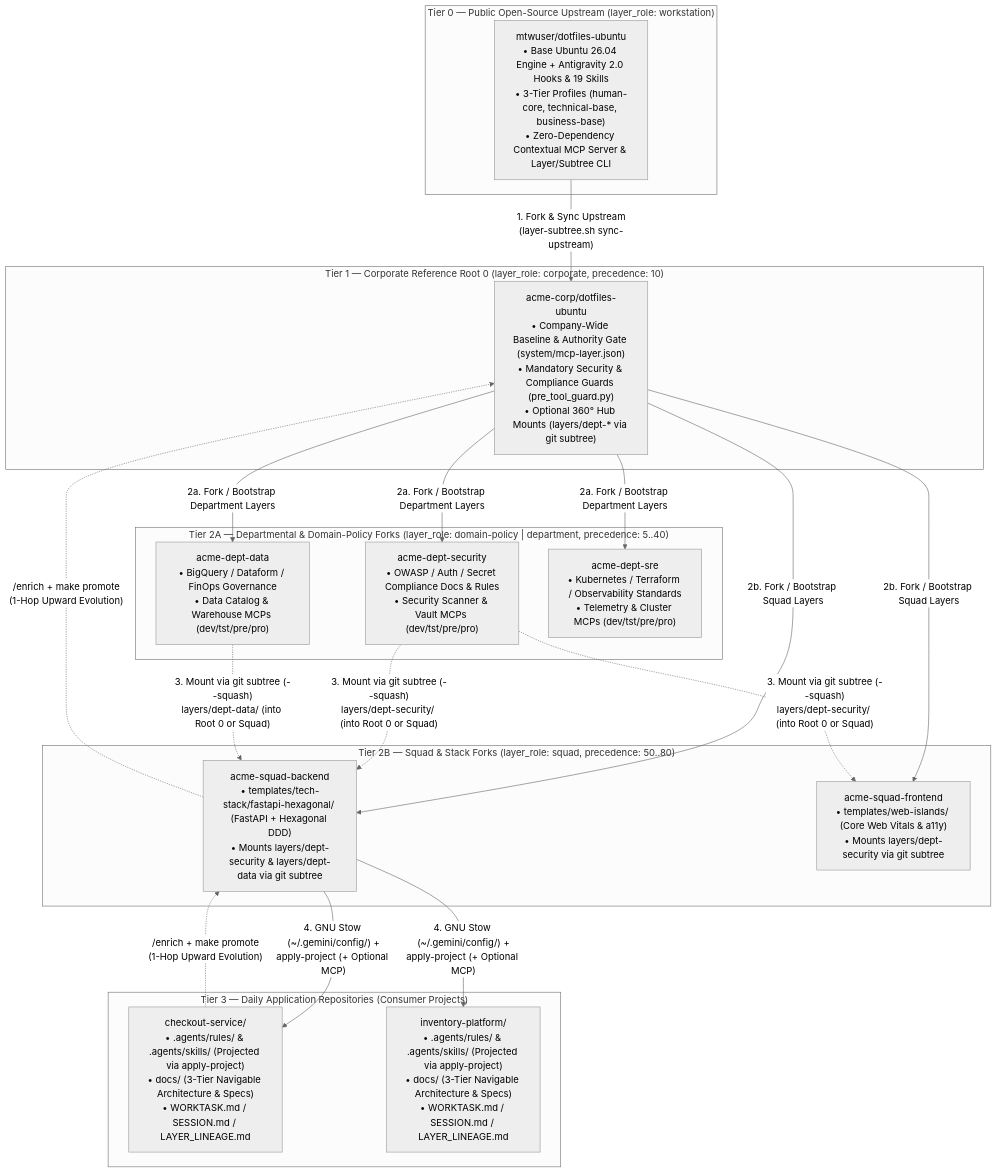
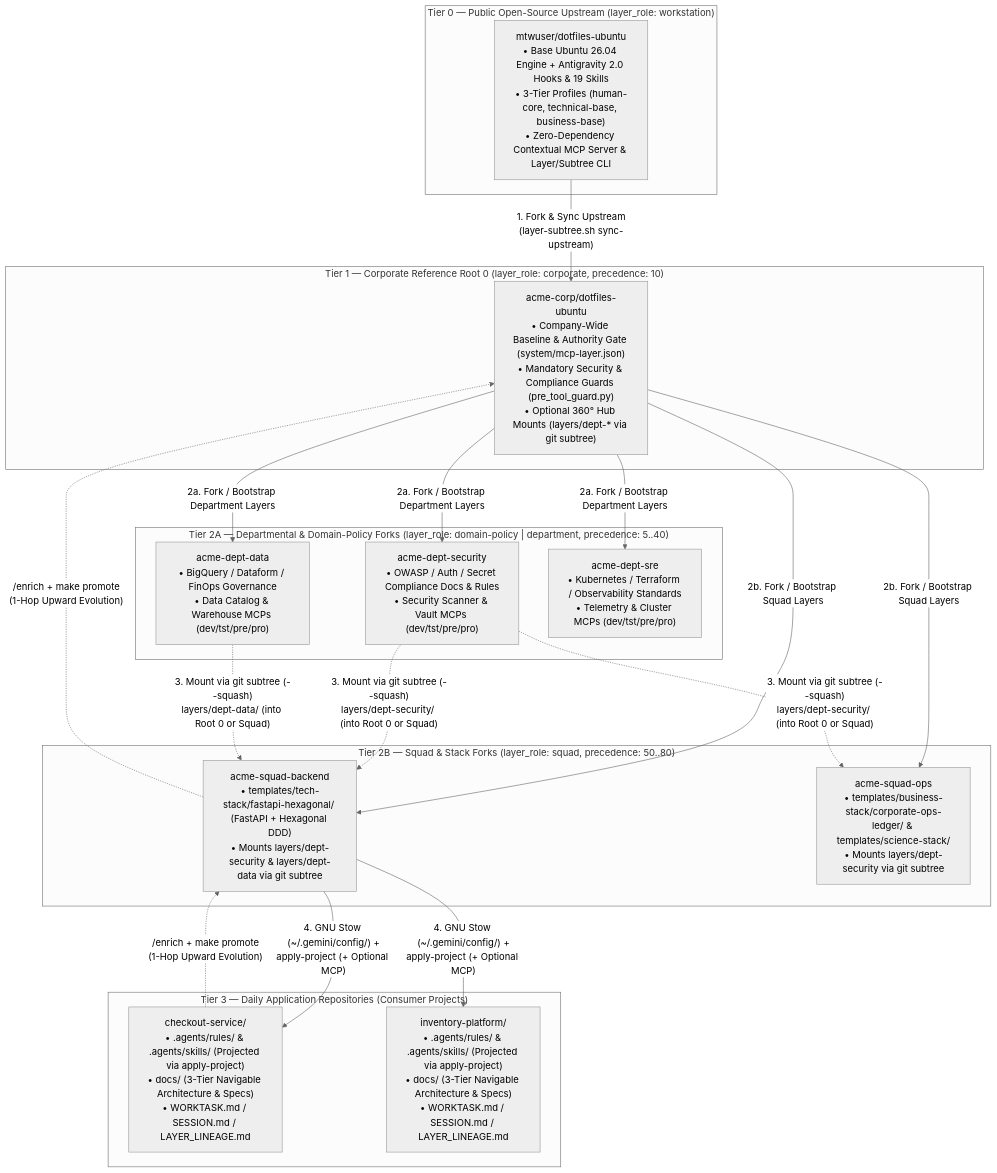
The first of 3 diagrams in docs/reference/enterprise_pair_programming_governance.md (mtwuser/dotfiles-ubuntu), drawn with Mermaid (neutral theme) before and after one commit. The commit also changed other lines of this file and 28 other files, not shown here.

Commit message:
docs(mcp): align 1:1:1 subpackage architecture, live MCP symbiosis, and 6-stage evolution across all docs and gates

````diff
--- a/docs/reference/enterprise_pair_programming_governance.md
+++ b/docs/reference/enterprise_pair_programming_governance.md
@@ -27,43 +27,43 @@
 ```mermaid
 flowchart TD
     subgraph OSS["Tier 0 — Public Open-Source Upstream (layer_role: workstation)"]
         PUB["mtwuser/dotfiles-ubuntu\n• Base Ubuntu 26.04 Engine + Antigravity 2.0 Hooks & 19 Skills\n• 3-Tier Profiles (human-core, technical-base, business-base)\n• Zero-Dependency Contextual MCP Server & Layer/Subtree CLI"]
     end
 
     subgraph Org["Tier 1 — Corporate Reference Root 0 (layer_role: corporate, precedence: 10)"]
         CORP["acme-corp/dotfiles-ubuntu\n• Company-Wide Baseline & Authority Gate (system/mcp-layer.json)\n• Mandatory Security & Compliance Guards (pre_tool_guard.py)\n• Optional 360° Hub Mounts (layers/dept-* via git subtree)"]
     end
 
     subgraph Depts["Tier 2A — Departmental & Domain-Policy Forks (layer_role: domain-policy | department, precedence: 5..40)"]
         DEPT_SEC["acme-dept-security\n• OWASP / Auth / Secret Compliance Docs & Rules\n• Security Scanner & Vault MCPs (dev/tst/pre/pro)"]
         DEPT_DATA["acme-dept-data\n• BigQuery / Dataform / FinOps Governance\n• Data Catalog & Warehouse MCPs (dev/tst/pre/pro)"]
         DEPT_SRE["acme-dept-sre\n• Kubernetes / Terraform / Observability Standards\n• Telemetry & Cluster MCPs (dev/tst/pre/pro)"]
     end
 
     subgraph Squads["Tier 2B — Squad & Stack Forks (layer_role: squad, precedence: 50..80)"]
         SQUAD_BE["acme-squad-backend\n• templates/tech-stack/fastapi-hexagonal/ (FastAPI + Hexagonal DDD)\n• Mounts layers/dept-security & layers/dept-data via git subtree"]
-        SQUAD_FE["acme-squad-frontend\n• templates/web-islands/ (Core Web Vitals & a11y)\n• Mounts layers/dept-security via git subtree"]
+        SQUAD_FE["acme-squad-ops\n• templates/business-stack/corporate-ops-ledger/ & templates/science-stack/\n• Mounts layers/dept-security via git subtree"]
     end
 
     subgraph Apps["Tier 3 — Daily Application Repositories (Consumer Projects)"]
         PROJ_A["checkout-service/\n• .agents/rules/ & .agents/skills/ (Projected via apply-project)\n• docs/ (3-Tier Navigable Architecture & Specs)\n• WORKTASK.md / SESSION.md / LAYER_LINEAGE.md"]
         PROJ_B["inventory-platform/\n• .agents/rules/ & .agents/skills/ (Projected via apply-project)\n• docs/ (3-Tier Navigable Architecture & Specs)\n• WORKTASK.md / SESSION.md / LAYER_LINEAGE.md"]
     end
 
     PUB -->|"1. Fork & Sync Upstream\n(layer-subtree.sh sync-upstream)"| CORP
     CORP -->|"2a. Fork / Bootstrap Department Layers"| DEPT_SEC
     CORP -->|"2a. Fork / Bootstrap Department Layers"| DEPT_DATA
     CORP -->|"2a. Fork / Bootstrap Department Layers"| DEPT_SRE
     CORP -->|"2b. Fork / Bootstrap Squad Layers"| SQUAD_BE
     CORP -->|"2b. Fork / Bootstrap Squad Layers"| SQUAD_FE
 
     DEPT_SEC -.->|"3. Mount via git subtree (--squash)\nlayers/dept-security/ (into Root 0 or Squad)"| SQUAD_BE
     DEPT_DATA -.->|"3. Mount via git subtree (--squash)\nlayers/dept-data/ (into Root 0 or Squad)"| SQUAD_BE
     DEPT_SEC -.->|"3. Mount via git subtree (--squash)\nlayers/dept-security/ (into Root 0 or Squad)"| SQUAD_FE
 
     SQUAD_BE -->|"4. GNU Stow (~/.gemini/config/) +\napply-project (+ Optional MCP)"| PROJ_A
     SQUAD_BE -->|"4. GNU Stow (~/.gemini/config/) +\napply-project (+ Optional MCP)"| PROJ_B
 
     PROJ_A -.->|"/enrich + make promote\n(1-Hop Upward Evolution)"| SQUAD_BE
     SQUAD_BE -.->|"/enrich + make promote\n(1-Hop Upward Evolution)"| CORP
 ```
````
